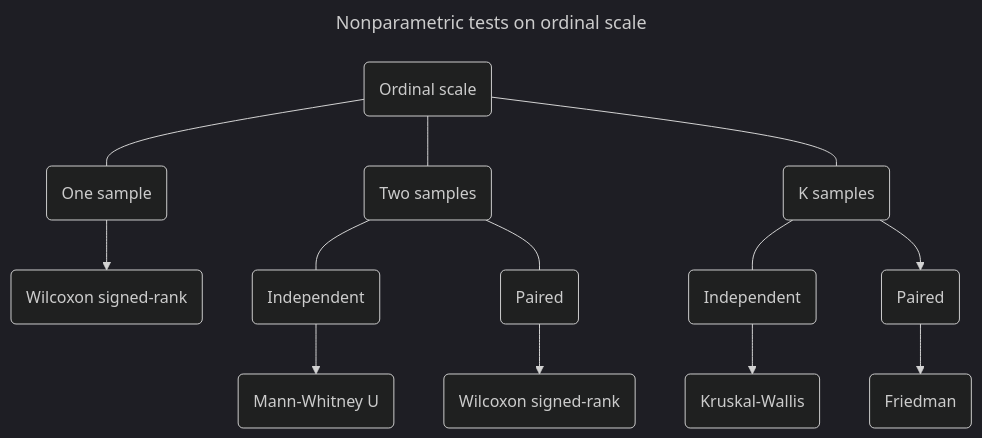
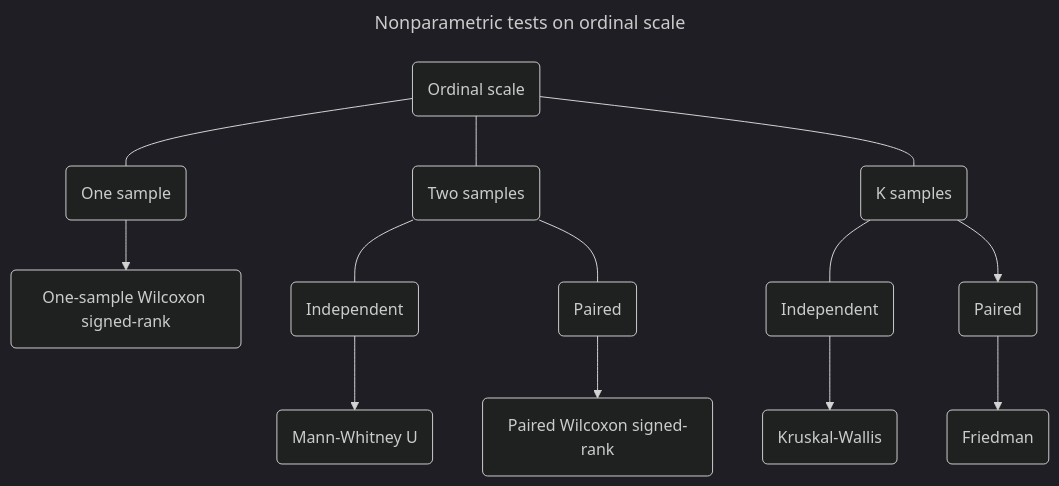
Before and after one commit to x-square/data_analytics: the third of 3 diagrams in 24_05_maths_statistics_analytics.md, drawn with Mermaid (dark theme). The commit also changed other lines of this file, not shown here.

````diff
--- a/24_05_maths_statistics_analytics.md
+++ b/24_05_maths_statistics_analytics.md
@@ -2084,11 +2127,11 @@
 ```mermaid
 ---
 title: Nonparametric tests on ordinal scale
 ---
 graph TD
-    A2(Ordinal scale) --- B4(One sample) --> C6(Wilcoxon signed-rank)
+    A2(Ordinal scale) --- B4(One sample) --> C6(One-sample Wilcoxon signed-rank)
     A2 --- B5(Two samples) --- C7(Independent) --> D5(Mann-Whitney U)
-    B5 --- C8(Paired) --> D6(Wilcoxon signed-rank)
+    B5 --- C8(Paired) --> D6(Paired Wilcoxon signed-rank)
     A2 --- B6(K samples) --- C9(Independent) --> D7(Kruskal-Wallis)
     B6 --> C10(Paired) --> D8(Friedman)
 ```
````
